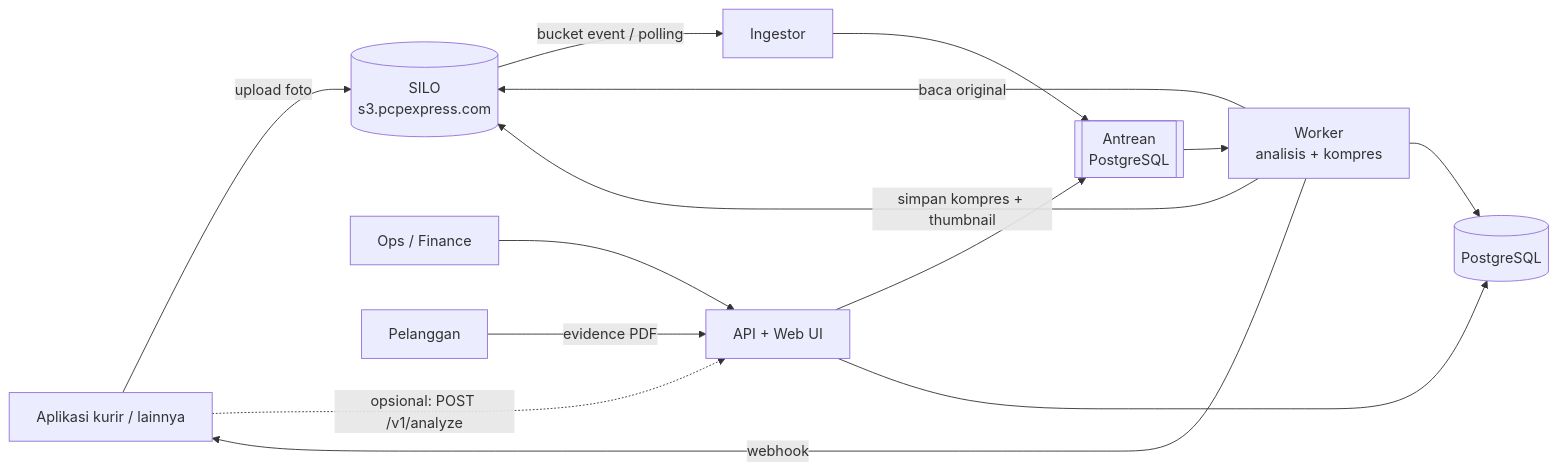
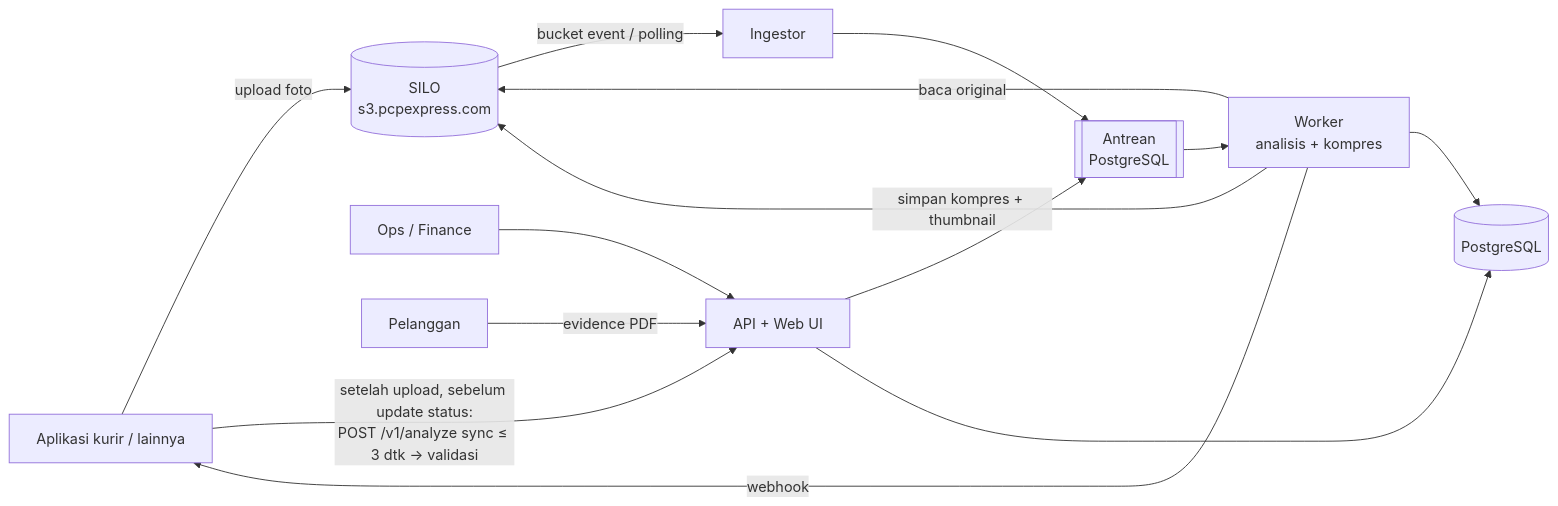
One commit to anas-fikri/ocr-engine changed the diagram in README.md. Above: the diagram before and after it, drawn with Mermaid. The commit also changed 3 other files, not shown here.

````diff
--- a/README.md
+++ b/README.md
@@ -36,16 +36,16 @@
 ```mermaid
 flowchart LR
     App[Aplikasi kurir / lainnya] -->|upload foto| SILO[(SILO<br/>s3.pcpexpress.com)]
-    App -.->|opsional: POST /v1/analyze| API
+    App -->|setelah upload, sebelum update status:<br/>POST /v1/analyze sync ≤ 3 dtk → validasi| API
     SILO -->|bucket event / polling| ING[Ingestor]
     ING --> Q[[Antrean<br/>PostgreSQL]]
     API[API + Web UI] --> Q
     Q --> W[Worker<br/>analisis + kompres]
     W -->|baca original| SILO
     W -->|simpan kompres + thumbnail| SILO
     W --> DB[(PostgreSQL)]
     W -->|webhook| App
     API --> DB
     Ops[Ops / Finance] --> API
     Cust[Pelanggan] -->|evidence PDF| API
 ```
````
